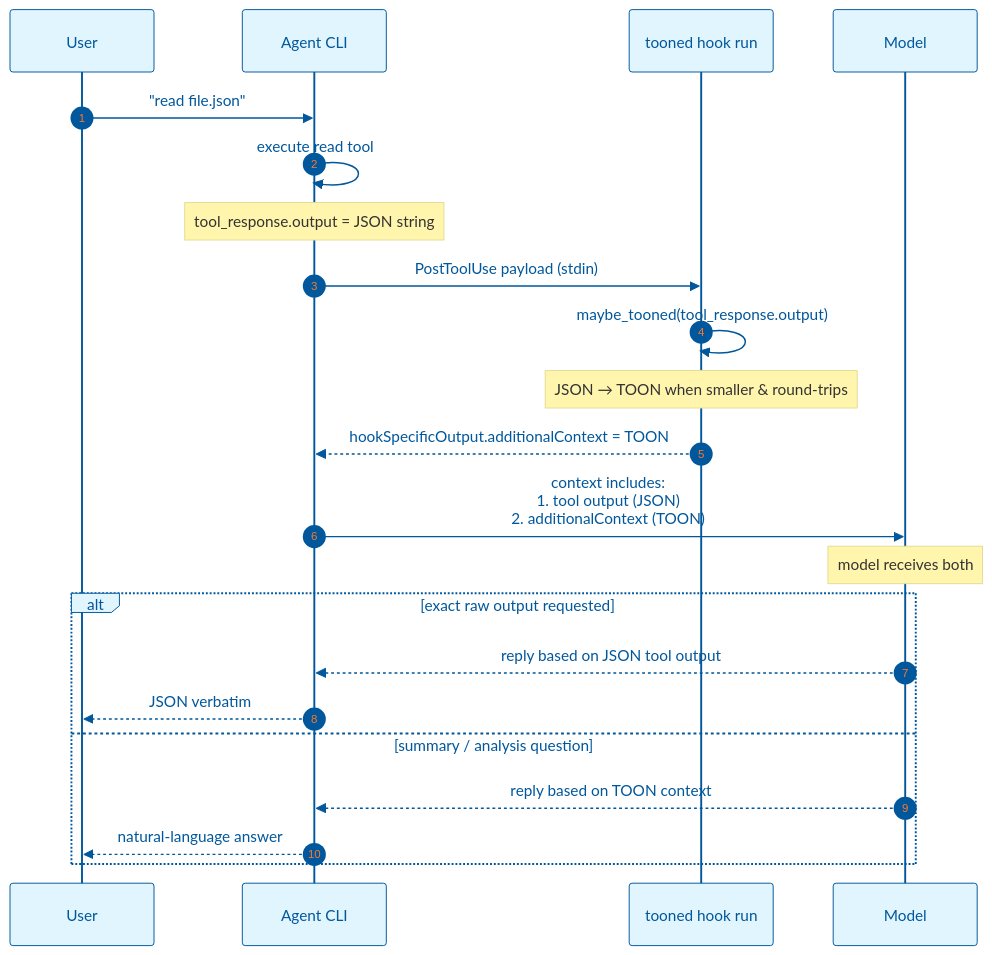
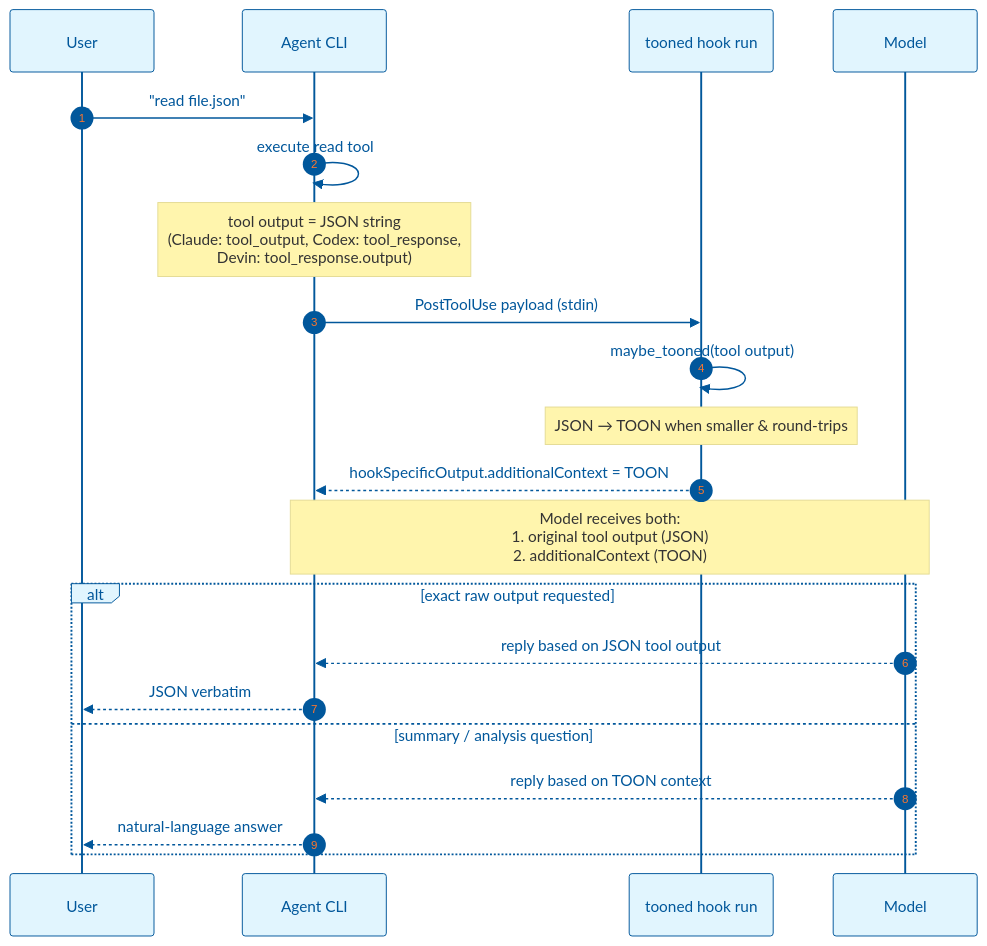
The first of 2 diagrams in docs/agents/toon-context-proof.md (w0wl0lxd/tooned), drawn with Mermaid before and after one commit. The commit also changed other lines of this file and 43 other files, not shown here.

````diff
--- a/docs/agents/toon-context-proof.md
+++ b/docs/agents/toon-context-proof.md
@@ -9,26 +9,25 @@
 ```mermaid
 %%{init: {'theme': 'base', 'themeVariables': { 'primaryColor': '#e1f5fe', 'primaryTextColor': '#01579b', 'primaryBorderColor': '#01579b', 'lineColor': '#0288d1', 'secondaryColor': '#fff3e0', 'tertiaryColor': '#e8f5e9'}}}%%
 sequenceDiagram
     autonumber
     participant U as User
     participant A as Agent CLI
     participant T as tooned hook run
     participant M as Model
 
     U->>A: "read file.json"
     A->>A: execute read tool
-    Note over A: tool_response.output = JSON string
+    Note over A: tool output = JSON string<br/>(Claude: tool_output, Codex: tool_response,<br/>Devin: tool_response.output)
     A->>T: PostToolUse payload (stdin)
-    T->>T: maybe_tooned(tool_response.output)
+    T->>T: maybe_tooned(tool output)
     Note over T: JSON → TOON when smaller & round-trips
     T-->>A: hookSpecificOutput.additionalContext = TOON
-    A->>M: context includes:<br/>1. tool output (JSON)<br/>2. additionalContext (TOON)
-    Note over M: model receives both
+    Note over A,M: Model receives both:<br/>1. original tool output (JSON)<br/>2. additionalContext (TOON)
     alt exact raw output requested
         M-->>A: reply based on JSON tool output
         A-->>U: JSON verbatim
     else summary / analysis question
         M-->>A: reply based on TOON context
         A-->>U: natural-language answer
     end
 ```
````
